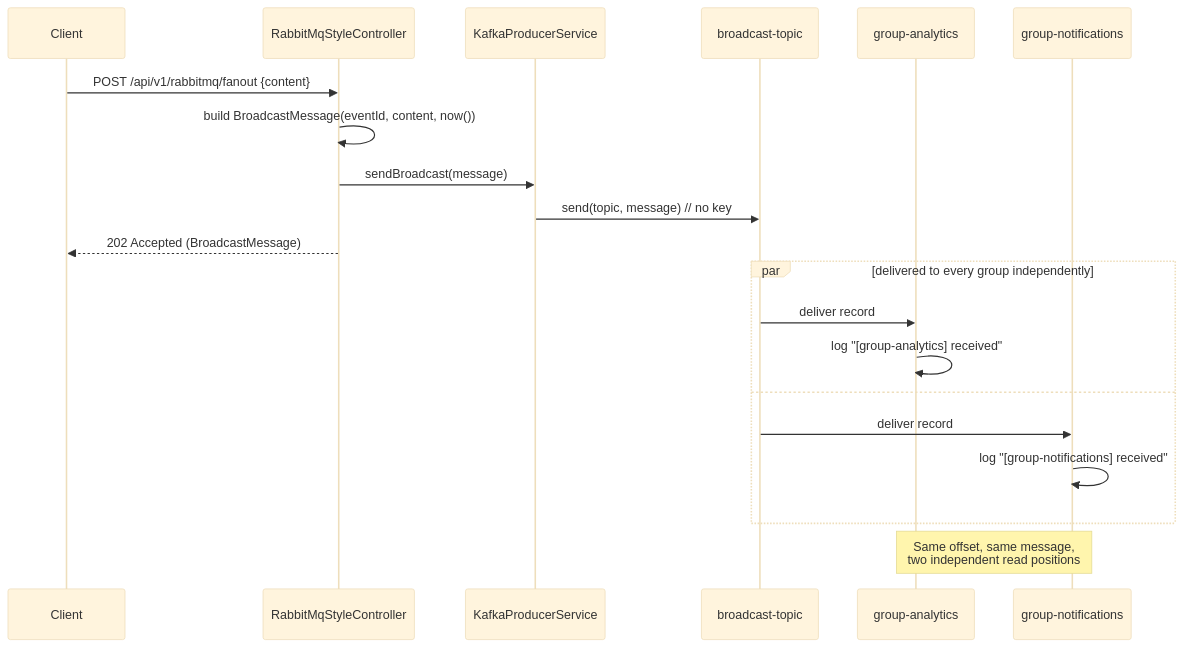
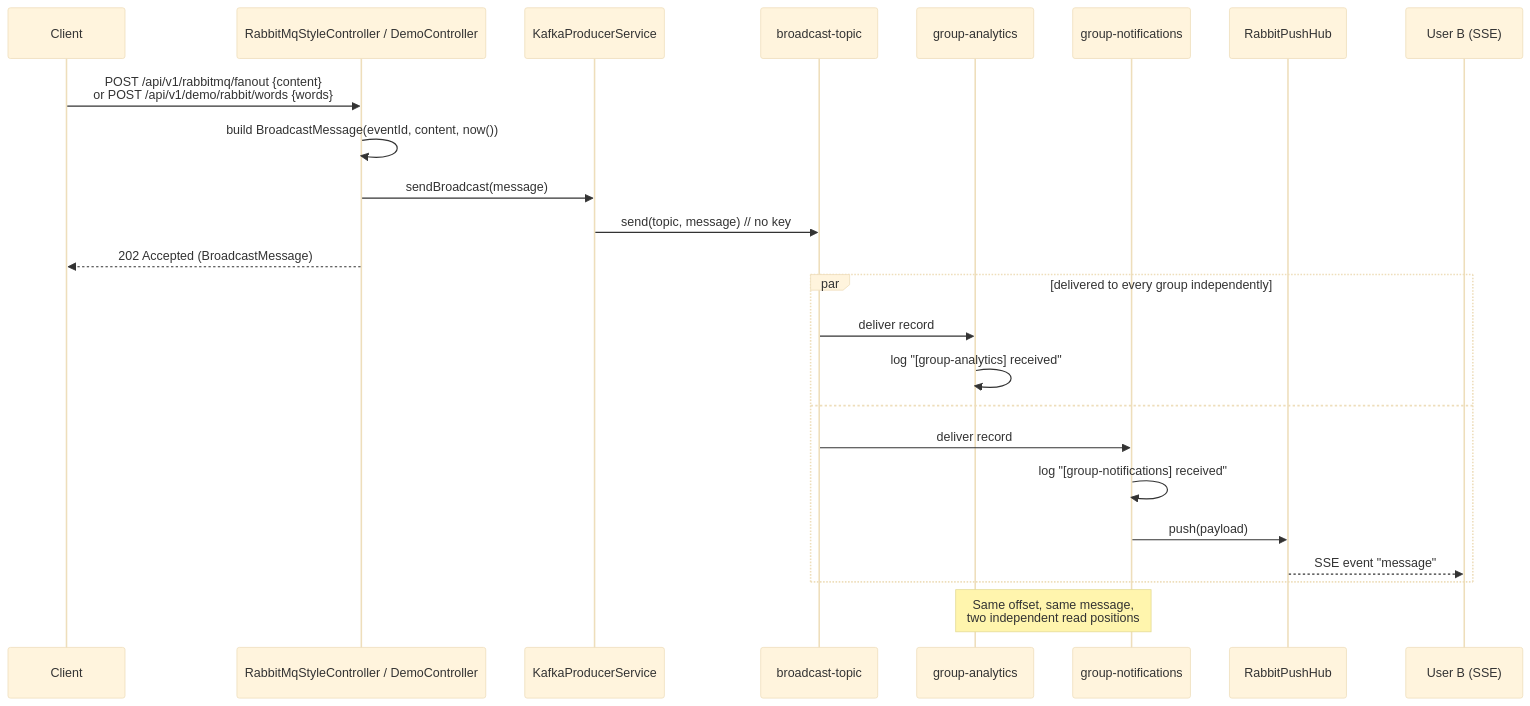
The third of 5 diagrams in docs/ARCHITECTURE.md (manydogs23/Kafka), drawn with Mermaid (base theme) before and after one commit. The commit also changed other lines of this file and 88 other files, not shown here.

````diff
--- a/docs/ARCHITECTURE.md
+++ b/docs/ARCHITECTURE.md
@@ -114,25 +136,29 @@
 ```mermaid
 sequenceDiagram
     participant C as Client
-    participant Ctrl as RabbitMqStyleController
+    participant Ctrl as RabbitMqStyleController / DemoController
     participant P as KafkaProducerService
     participant K as broadcast-topic
     participant GA as group-analytics
     participant GN as group-notifications
+    participant Hub as RabbitPushHub
+    participant B as User B (SSE)
 
-    C->>Ctrl: POST /api/v1/rabbitmq/fanout {content}
+    C->>Ctrl: POST /api/v1/rabbitmq/fanout {content}<br/>or POST /api/v1/demo/rabbit/words {words}
     Ctrl->>Ctrl: build BroadcastMessage(eventId, content, now())
     Ctrl->>P: sendBroadcast(message)
     P->>K: send(topic, message)  // no key
     Ctrl-->>C: 202 Accepted (BroadcastMessage)
 
     par delivered to every group independently
         K->>GA: deliver record
         GA->>GA: log "[group-analytics] received"
     and
         K->>GN: deliver record
         GN->>GN: log "[group-notifications] received"
+        GN->>Hub: push(payload)
+        Hub-->>B: SSE event "message"
     end
 
     Note over GA,GN: Same offset, same message,<br/>two independent read positions
 ```
````
